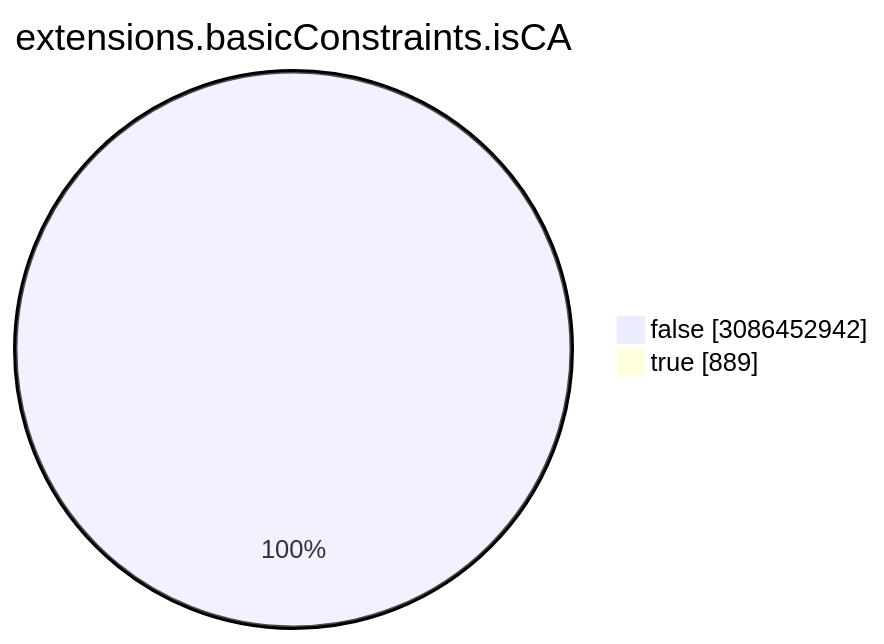
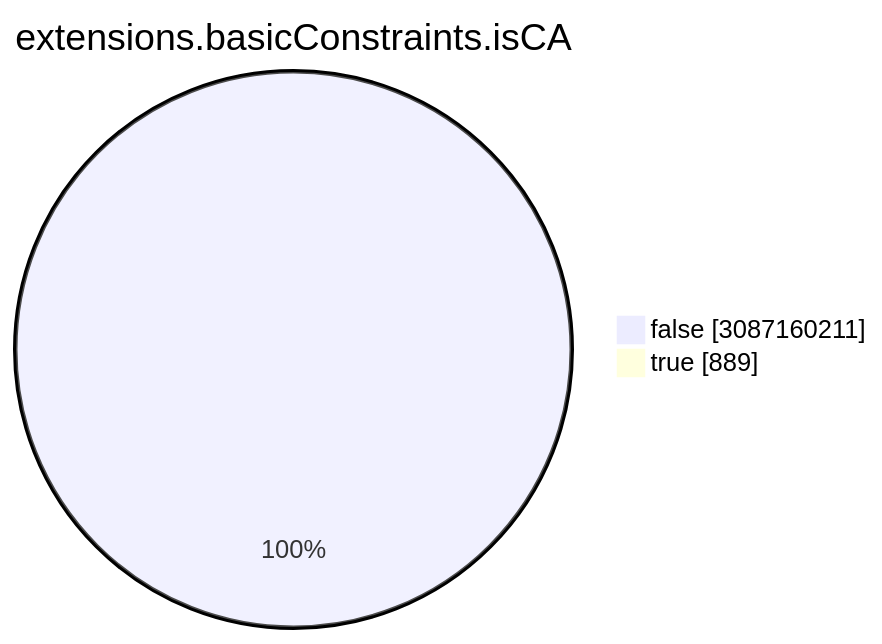
Before and after one commit to christiankrug/ctmonitor_visualization: the seventh of 15 diagrams in TOTAL/README.md, drawn with Mermaid. The commit also changed other lines of this file, not shown here.

````diff
--- a/TOTAL/README.md
+++ b/TOTAL/README.md
@@ -3088,6 +3088,6 @@
 ```mermaid
 pie showData
 title extensions.basicConstraints.isCA
-"false" :3086452942
+"false" :3087160211
 "true" :889
 ```
````
